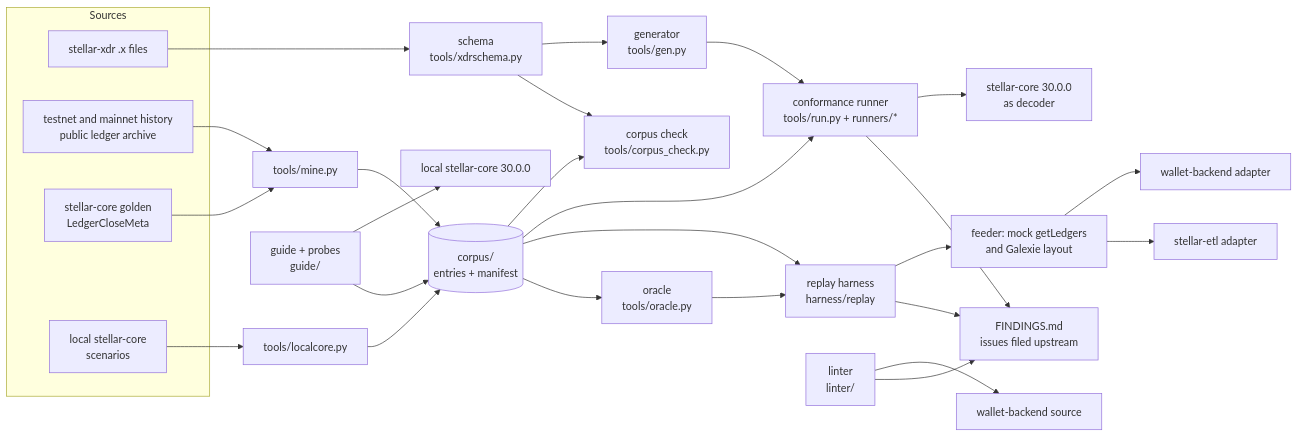
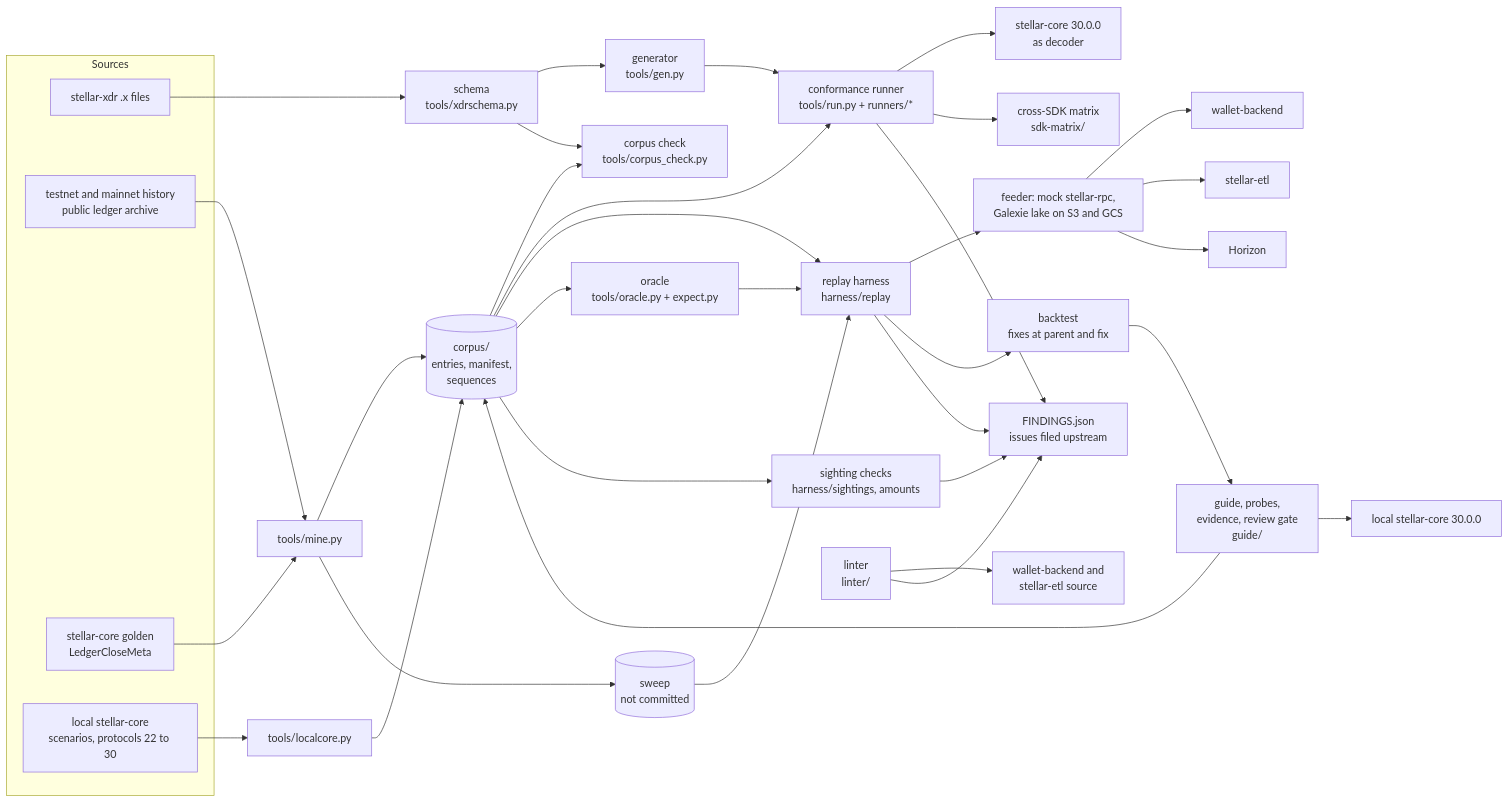
One commit to ABS-gmbh/shapecov changed the diagram in ARCHITECTURE.md. Above: the diagram before and after it, drawn with Mermaid. The commit also changed other lines of this file, not shown here.

First line of the commit message:
ARCHITECTURE: a current map of every part, what it reads and writes, and the check that proves it

````diff
--- a/ARCHITECTURE.md
+++ b/ARCHITECTURE.md
@@ -10,33 +12,41 @@
 ```mermaid
 flowchart LR
   subgraph sources [Sources]
     XDR[stellar-xdr .x files]
     HIST[testnet and mainnet history<br/>public ledger archive]
     GOLD[stellar-core golden<br/>LedgerCloseMeta]
-    LOCAL[local stellar-core<br/>scenarios]
+    LOCAL[local stellar-core<br/>scenarios, protocols 22 to 30]
   end
   XDR --> SCHEMA[schema<br/>tools/xdrschema.py]
   SCHEMA --> GEN[generator<br/>tools/gen.py]
   HIST --> MINE[tools/mine.py]
   GOLD --> MINE
   LOCAL --> LC[tools/localcore.py]
-  MINE --> CORPUS[(corpus/<br/>entries + manifest)]
+  MINE --> CORPUS[(corpus/<br/>entries, manifest,<br/>sequences)]
   LC --> CORPUS
+  MINE --> SWEEP[(sweep<br/>not committed)]
   CORPUS --> CHECK[corpus check<br/>tools/corpus_check.py]
   SCHEMA --> CHECK
   GEN --> RUNNER[conformance runner<br/>tools/run.py + runners/*]
   CORPUS --> RUNNER
   RUNNER --> CORE[stellar-core 30.0.0<br/>as decoder]
+  RUNNER --> MATRIX[cross-SDK matrix<br/>sdk-matrix/]
   CORPUS --> REPLAY[replay harness<br/>harness/replay]
-  REPLAY --> FEED[feeder: mock getLedgers<br/>and Galexie layout]
-  FEED --> WB[wallet-backend adapter]
-  FEED --> ETL[stellar-etl adapter]
-  CORPUS --> ORACLE[oracle<br/>tools/oracle.py]
+  SWEEP --> REPLAY
+  REPLAY --> FEED[feeder: mock stellar-rpc,<br/>Galexie lake on S3 and GCS]
+  FEED --> WB[wallet-backend]
+  FEED --> ETL[stellar-etl]
+  FEED --> HZ[Horizon]
+  CORPUS --> ORACLE[oracle<br/>tools/oracle.py + expect.py]
   ORACLE --> REPLAY
-  LINT[linter<br/>linter/] --> WBSRC[wallet-backend source]
-  GUIDE[guide + probes<br/>guide/] --> CORE2[local stellar-core 30.0.0]
+  REPLAY --> BT[backtest<br/>fixes at parent and fix]
+  CORPUS --> SIGHT[sighting checks<br/>harness/sightings, amounts]
+  LINT[linter<br/>linter/] --> SRC[wallet-backend and<br/>stellar-etl source]
+  GUIDE[guide, probes,<br/>evidence, review gate<br/>guide/] --> CORE2[local stellar-core 30.0.0]
   GUIDE --> CORPUS
-  REPLAY --> FIND[FINDINGS.md<br/>issues filed upstream]
+  BT --> GUIDE
+  REPLAY --> FIND[FINDINGS.json<br/>issues filed upstream]
   RUNNER --> FIND
+  SIGHT --> FIND
   LINT --> FIND
 ```
````
